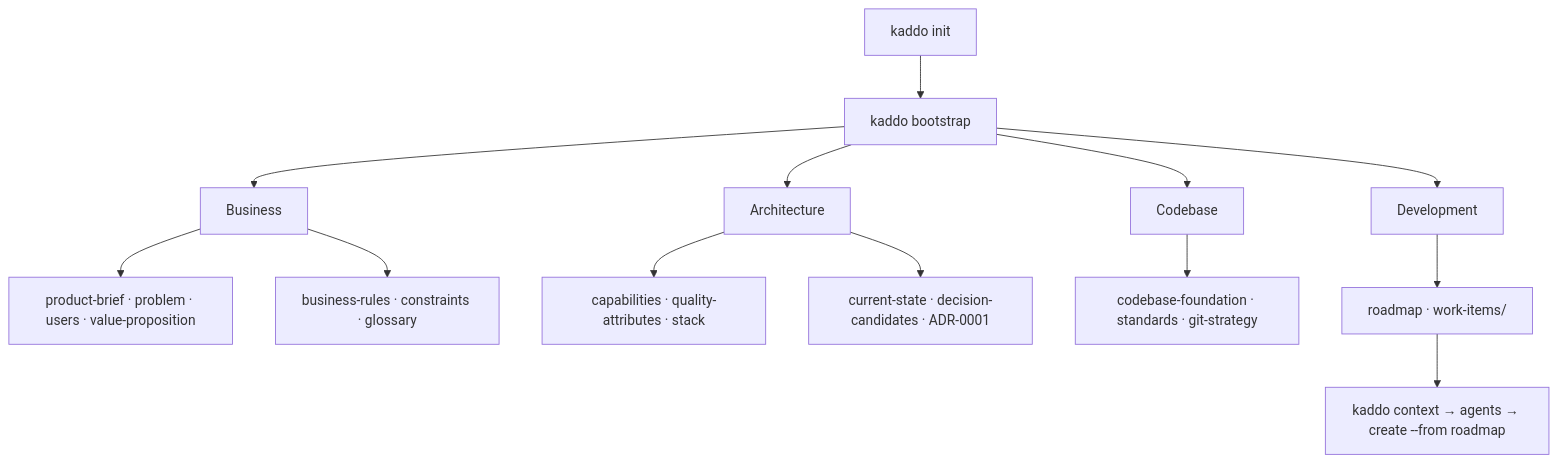
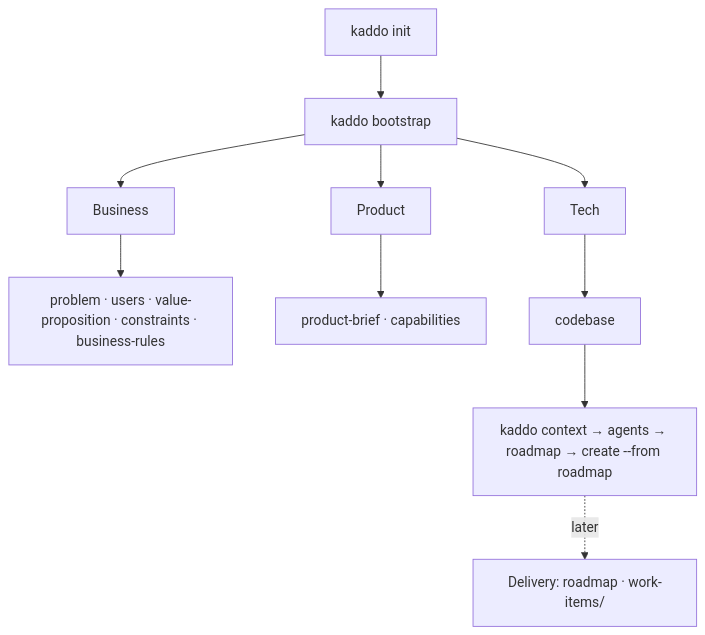
One commit to Kaddo-kdd/kaddo changed the diagram in apps/docs/src/content/docs/commands/bootstrap.md. Above: the diagram before and after it, drawn with Mermaid. The commit also changed other lines of this file and 105 other files, not shown here.

````diff
--- a/apps/docs/src/content/docs/commands/bootstrap.md
+++ b/apps/docs/src/content/docs/commands/bootstrap.md
@@ -24,15 +26,12 @@
 ```mermaid
 flowchart TD
     A[kaddo init] --> B[kaddo bootstrap]
     B --> C[Business]
-    C --> C1[product-brief · problem · users · value-proposition]
-    C --> C2[business-rules · constraints · glossary]
-    B --> D[Architecture]
-    D --> D1[capabilities · quality-attributes · stack]
-    D --> D2[current-state · decision-candidates · ADR-0001]
-    B --> E[Codebase]
-    E --> E1[codebase-foundation · standards · git-strategy]
-    B --> F[Development]
-    F --> F1[roadmap · work-items/]
-    F1 --> G[kaddo context → agents → create --from roadmap]
+    C --> C1[problem · users · value-proposition · constraints · business-rules]
+    B --> D[Product]
+    D --> D1[product-brief · capabilities]
+    B --> E[Tech]
+    E --> E1[codebase]
+    E1 --> G[kaddo context → agents → roadmap → create --from roadmap]
+    G -.later.-> H[Delivery: roadmap · work-items/]
 ```
````
